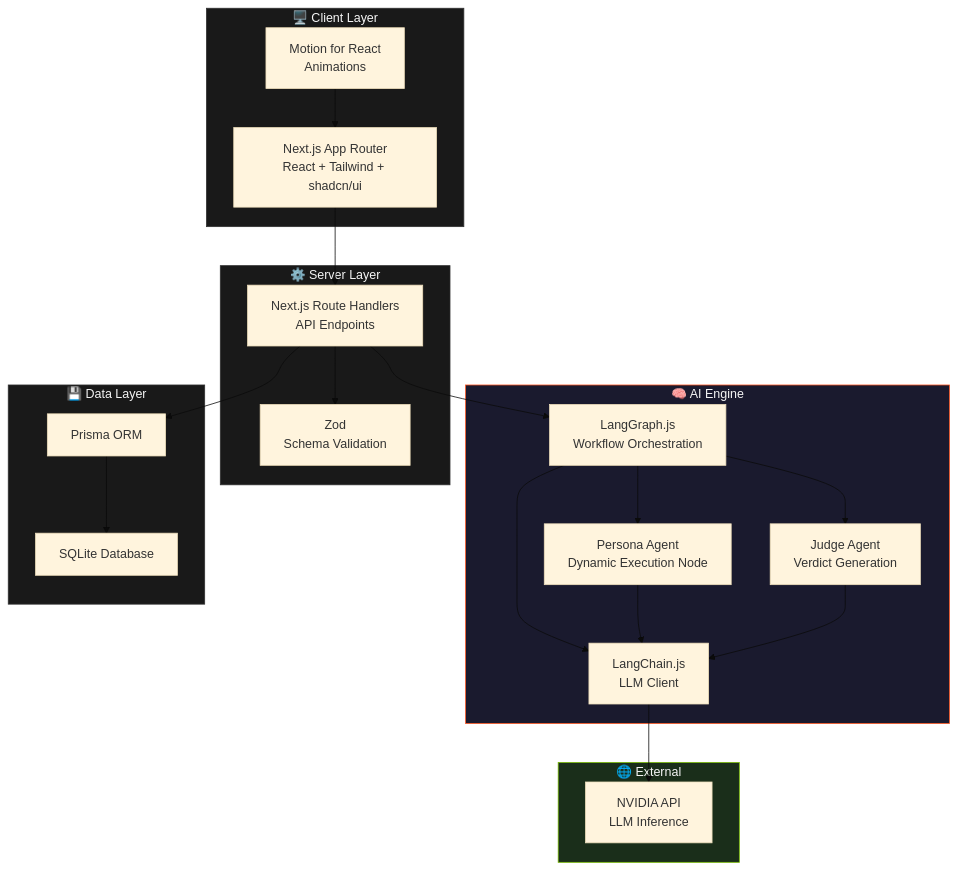
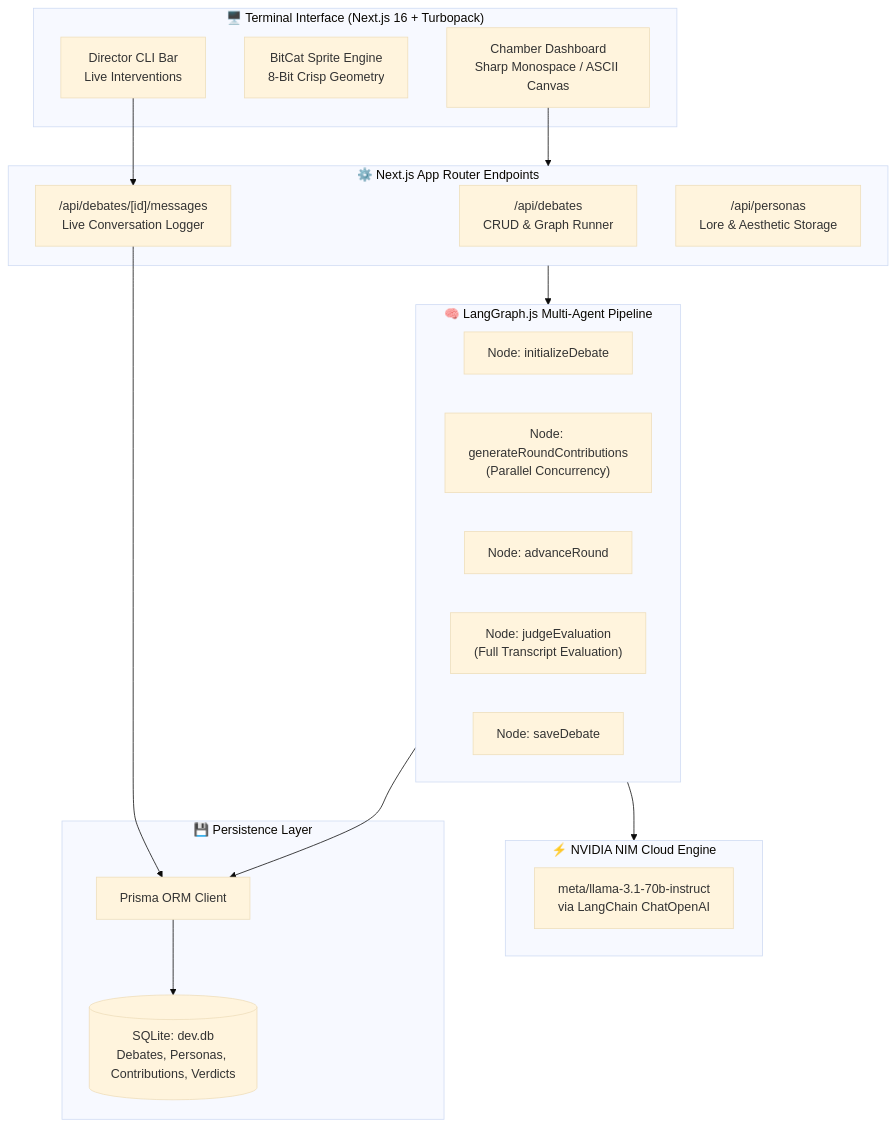
One commit to Abubakkar-Khan/THE_COUNCIL changed the first of 2 diagrams in README.md. Above: the diagram before and after it, drawn with Mermaid (base theme). The commit also changed other lines of this file, not shown here.

Commit message:
docs: comprehensive update to README.md covering 8-bit aesthetic engine, persona wizard, ASCII chamber, and architecture diagrams

````diff
--- a/README.md
+++ b/README.md
@@ -106,47 +68,39 @@
 ```mermaid
 graph TB
-    subgraph Client["🖥️ Client Layer"]
-        UI["Next.js App Router<br/>React + Tailwind + shadcn/ui"]
-        Motion["Motion for React<br/>Animations"]
+    subgraph Client["🖥️ Terminal Interface (Next.js 16 + Turbopack)"]
+        UI["Chamber Dashboard<br/>Sharp Monospace / ASCII Canvas"]
+        Sprite["BitCat Sprite Engine<br/>8-Bit Crisp Geometry"]
+        Input["Director CLI Bar<br/>Live Interventions"]
     end
 
-    subgraph Server["⚙️ Server Layer"]
-        API["Next.js Route Handlers<br/>API Endpoints"]
-        Validation["Zod<br/>Schema Validation"]
+    subgraph API["⚙️ Next.js App Router Endpoints"]
+        DebateAPI["/api/debates<br/>CRUD & Graph Runner"]
+        MsgAPI["/api/debates/[id]/messages<br/>Live Conversation Logger"]
+        PersonaAPI["/api/personas<br/>Lore & Aesthetic Storage"]
     end
 
-    subgraph AI["🧠 AI Engine"]
-        LC["LangChain.js<br/>LLM Client"]
-        LG["LangGraph.js<br/>Workflow Orchestration"]
-        PA["Persona Agent<br/>Dynamic Execution Node"]
-        JA["Judge Agent<br/>Verdict Generation"]
+    subgraph Engine["🧠 LangGraph.js Multi-Agent Pipeline"]
+        Init["Node: initializeDebate"]
+        GenRound["Node: generateRoundContributions<br/>(Parallel Concurrency)"]
+        AdvRound["Node: advanceRound"]
+        JudgeNode["Node: judgeEvaluation<br/>(Full Transcript Evaluation)"]
+        SaveNode["Node: saveDebate"]
     end
 
-    subgraph Data["💾 Data Layer"]
-        Prisma["Prisma ORM"]
-        SQLite["SQLite Database"]
+    subgraph Inference["⚡ NVIDIA NIM Cloud Engine"]
+        LLM["meta/llama-3.1-70b-instruct<br/>via LangChain ChatOpenAI"]
     end
 
-    subgraph External["🌐 External"]
-        NVIDIA["NVIDIA API<br/>LLM Inference"]
+    subgraph Storage["💾 Persistence Layer"]
+        Prisma["Prisma ORM Client"]
+        DB[("SQLite: dev.db<br/>Debates, Personas, Contributions, Verdicts")]
     end
 
     UI --> API
-    Motion --> UI
-    API --> Validation
-    API --> LG
-    API --> Prisma
-    LG --> LC
-    LG --> PA
-    LG --> JA
-    PA --> LC
-    JA --> LC
-    LC --> NVIDIA
-    Prisma --> SQLite
-
-    style Client fill:#191919,stroke:#303030,color:#F5F5F5
-    style Server fill:#191919,stroke:#303030,color:#F5F5F5
-    style AI fill:#1a1a2e,stroke:#FF5722,color:#F5F5F5
-    style Data fill:#191919,stroke:#303030,color:#F5F5F5
-    style External fill:#1a2e1a,stroke:#76B900,color:#F5F5F5
+    Input --> MsgAPI
+    API --> Engine
+    Engine --> Inference
+    Engine --> Prisma
+    MsgAPI --> Prisma
+    Prisma --> DB
 ```
````
